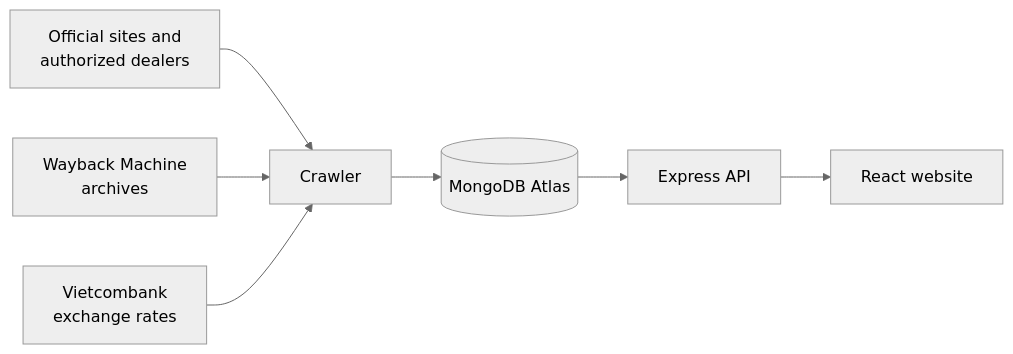
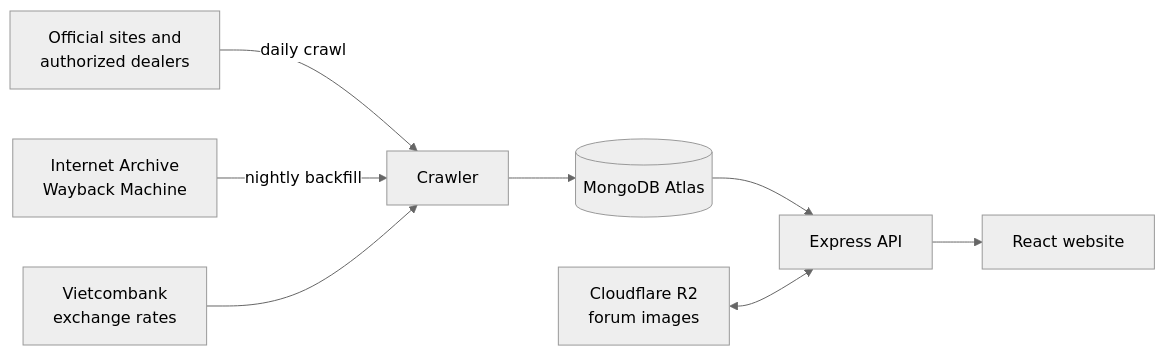
Before and after one commit to HvH1110/Web_Project: the diagram in README.md, drawn with Mermaid (neutral theme). The commit also changed other lines of this file and 6 other files, not shown here.

````diff
--- a/README.md
+++ b/README.md
@@ -47,9 +80,10 @@
 ```mermaid
 flowchart LR
-    A[Official sites and<br>authorized dealers] --> C[Crawler]
-    B[Wayback Machine<br>archives] --> C
+    A[Official sites and<br>authorized dealers] -->|daily crawl| C[Crawler]
+    B[Internet Archive<br>Wayback Machine] -->|nightly backfill| C
     D[Vietcombank<br>exchange rates] --> C
     C --> E[(MongoDB Atlas)]
     E --> F[Express API]
     F --> G[React website]
+    H[Cloudflare R2<br>forum images] <--> F
 ```
````
